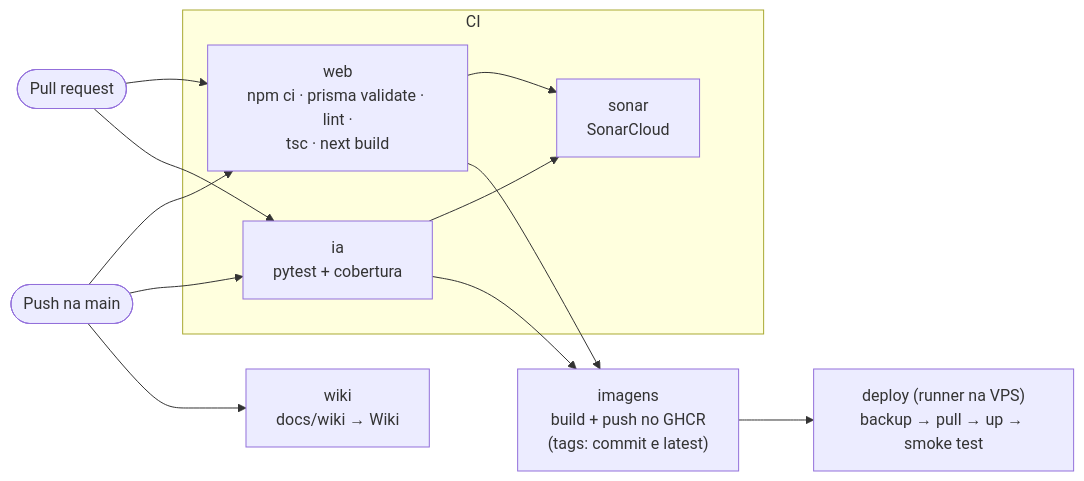
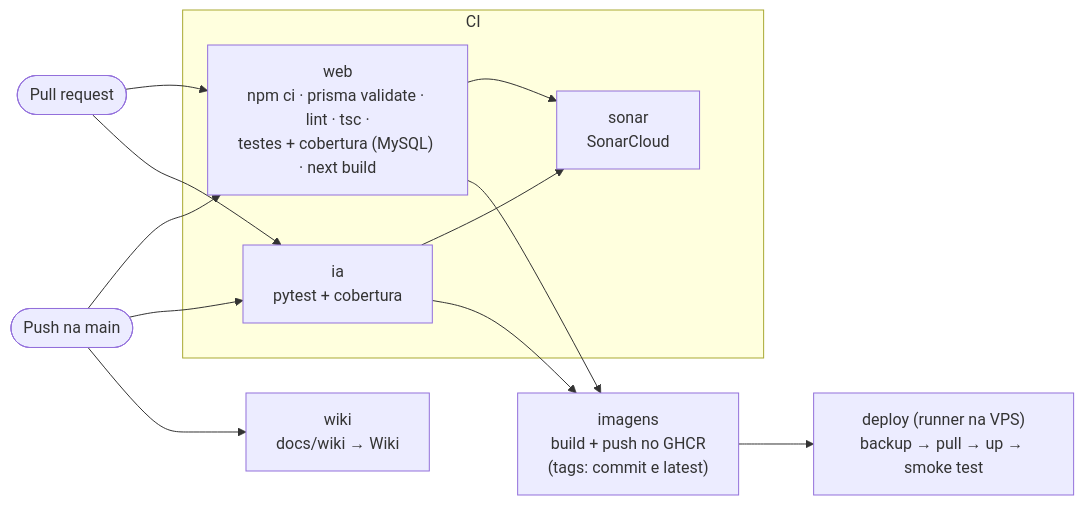
One commit to DiegoPlaninscheck/fredda-pizzaria changed the diagram in docs/wiki/Deploy-e-Infraestrutura.md. Above: the diagram before and after it, drawn with Mermaid. The commit also changed other lines of this file and 6 other files, not shown here.

First line of the commit message:
Documenta a estratégia de testes, a cobertura e o histórico de TDD

````diff
--- a/docs/wiki/Deploy-e-Infraestrutura.md
+++ b/docs/wiki/Deploy-e-Infraestrutura.md
@@ -17,15 +17,15 @@
 ```mermaid
 flowchart LR
     pr(["Pull request"]) --> web
     push(["Push na main"]) --> web & ia & wiki
     pr --> ia
     subgraph CI
-        web["web<br/>npm ci · prisma validate · lint ·<br/>tsc · next build"]
+        web["web<br/>npm ci · prisma validate · lint · tsc ·<br/>testes + cobertura (MySQL) · next build"]
         ia["ia<br/>pytest + cobertura"]
         sonar["sonar<br/>SonarCloud"]
     end
     web & ia --> sonar
     web & ia --> img["imagens<br/>build + push no GHCR<br/>(tags: commit e latest)"]
     img --> dep["deploy (runner na VPS)<br/>backup → pull → up → smoke test"]
     wiki["wiki<br/>docs/wiki → Wiki"]
 ```
````
